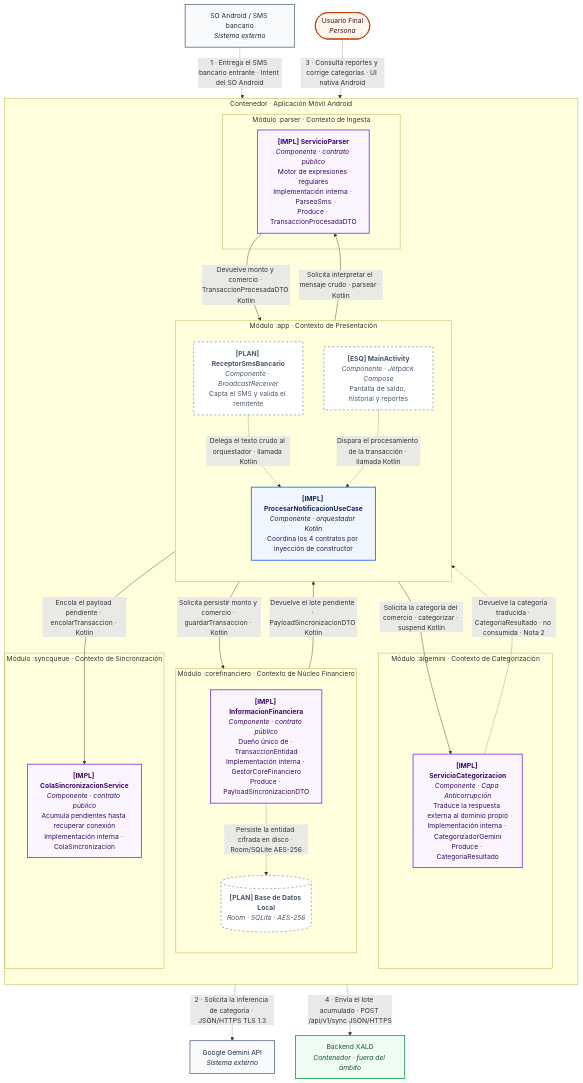
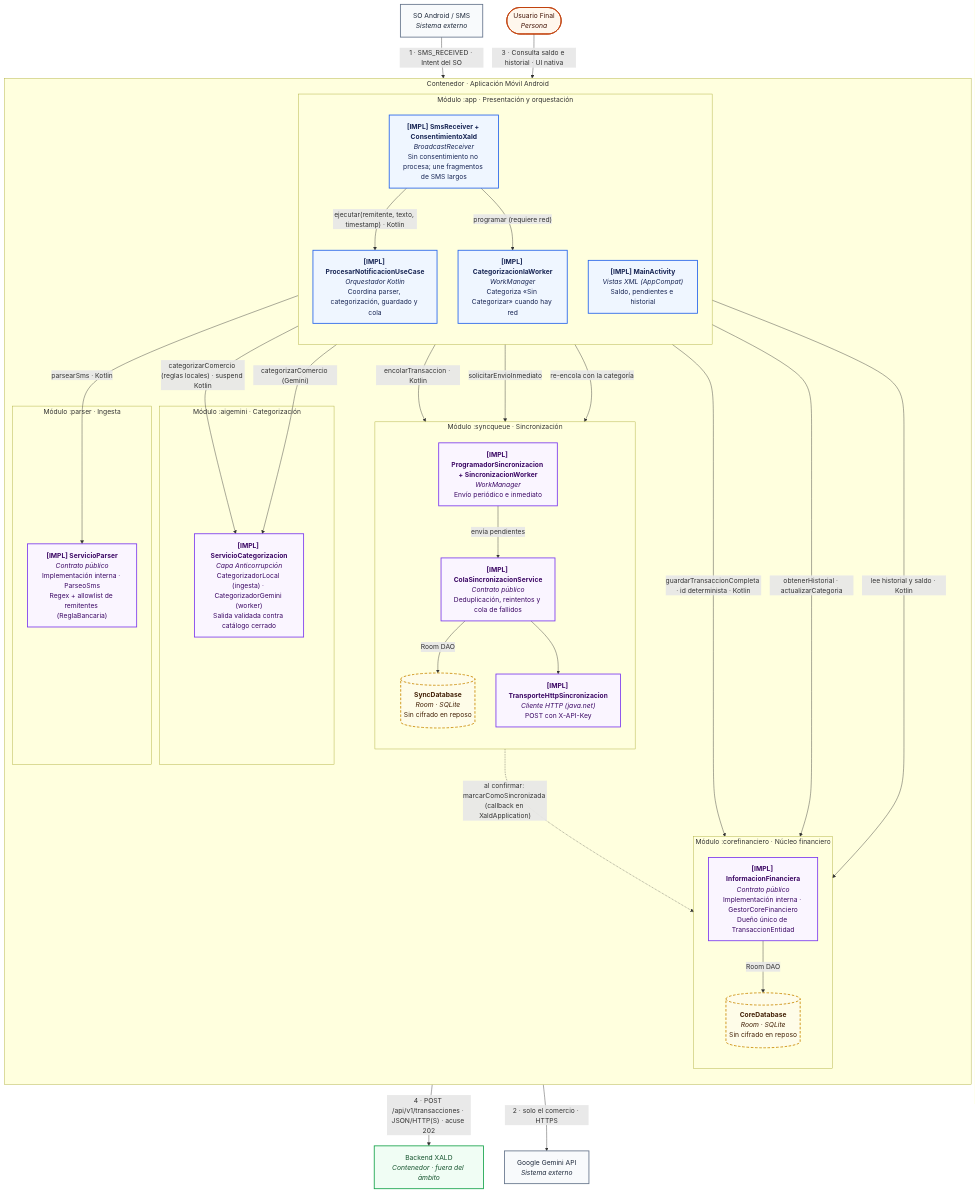
The diagram in docs/c4/c3.md (ISCOUTB/AS_202620_XALD), drawn with Mermaid before and after one commit. The commit also changed other lines of this file, not shown here.

Commit message:
Revise C4 Level 3 diagram details and descriptions
Updated project details and clarified component descriptions in the C4 Level 3 diagram. Adjusted state prefixes and added notes regarding implementation and categorization.

````diff
--- a/docs/c4/c3.md
+++ b/docs/c4/c3.md
@@ -19,70 +14,80 @@
 ```mermaid
 flowchart TB
     User(["Usuario Final<br/><i>Persona</i>"])
-    Android["SO Android / SMS bancario<br/><i>Sistema externo</i>"]
+    Android["SO Android / SMS<br/><i>Sistema externo</i>"]
     Gemini["Google Gemini API<br/><i>Sistema externo</i>"]
     Backend["Backend XALD<br/><i>Contenedor · fuera del ámbito</i>"]
 
     subgraph ambito["Contenedor · Aplicación Móvil Android"]
         direction TB
 
-        subgraph capp["Módulo :app · Contexto de Presentación"]
+        subgraph capp["Módulo :app · Presentación y orquestación"]
             direction TB
-            RCV["<b>[PLAN] ReceptorSmsBancario</b><br/><i>Componente · BroadcastReceiver</i><br/>Capta el SMS y valida el remitente"]
-            UC["<b>[IMPL] ProcesarNotificacionUseCase</b><br/><i>Componente · orquestador Kotlin</i><br/>Coordina los 4 contratos por inyección de constructor"]
-            UI["<b>[ESQ] MainActivity</b><br/><i>Componente · Jetpack Compose</i><br/>Pantalla de saldo, historial y reportes"]
+            RCV["<b>[IMPL] SmsReceiver + ConsentimientoXald</b><br/><i>BroadcastReceiver</i><br/>Sin consentimiento no procesa; une fragmentos de SMS largos"]
+            UC["<b>[IMPL] ProcesarNotificacionUseCase</b><br/><i>Orquestador Kotlin</i><br/>Coordina parser, categorización, guardado y cola"]
+            WIA["<b>[IMPL] CategorizacionIaWorker</b><br/><i>WorkManager</i><br/>Categoriza «Sin Categorizar» cuando hay red"]
+            UI["<b>[IMPL] MainActivity</b><br/><i>Vistas XML (AppCompat)</i><br/>Saldo, pendientes e historial"]
         end
 
-        subgraph cparser["Módulo :parser · Contexto de Ingesta"]
-            ISP["<b>[IMPL] ServicioParser</b><br/><i>Componente · contrato público</i><br/>Motor de expresiones regulares<br/>Implementación interna · ParseoSms<br/>Produce · TransaccionProcesadaDTO"]
+        subgraph cparser["Módulo :parser · Ingesta"]
+            ISP["<b>[IMPL] ServicioParser</b><br/><i>Contrato público</i><br/>Implementación interna · ParseoSms<br/>Regex + allowlist de remitentes (ReglaBancaria)"]
         end
 
-        subgraph cai["Módulo :aigemini · Contexto de Categorización"]
-            ISC["<b>[IMPL] ServicioCategorizacion</b><br/><i>Componente · Capa Anticorrupción</i><br/>Traduce la respuesta externa al dominio propio<br/>Implementación interna · CategorizadorGemini<br/>Produce · CategoriaResultado"]
+        subgraph cai["Módulo :aigemini · Categorización"]
+            ISC["<b>[IMPL] ServicioCategorizacion</b><br/><i>Capa Anticorrupción</i><br/>CategorizadorLocal (ingesta) · CategorizadorGemini (worker)<br/>Salida validada contra catálogo cerrado"]
         end
 
-        subgraph ccore["Módulo :corefinanciero · Contexto de Núcleo Financiero"]
+        subgraph ccore["Módulo :corefinanciero · Núcleo financiero"]
             direction TB
-            IIF["<b>[IMPL] InformacionFinanciera</b><br/><i>Componente · contrato público</i><br/>Dueño único de · TransaccionEntidad<br/>Implementación interna · GestorCoreFinanciero<br/>Produce · PayloadSincronizacionDTO"]
-            BD[("<b>[PLAN] Base de Datos Local</b><br/><i>Room · SQLite · AES-256</i>")]
+            IIF["<b>[IMPL] InformacionFinanciera</b><br/><i>Contrato público</i><br/>Implementación interna · GestorCoreFinanciero<br/>Dueño único de TransaccionEntidad"]
+            BD[("<b>CoreDatabase</b><br/><i>Room · SQLite</i><br/>Sin cifrado en reposo")]
         end
 
-        subgraph csync["Módulo :syncqueue · Contexto de Sincronización"]
-            ICS["<b>[IMPL] ColaSincronizacionService</b><br/><i>Componente · contrato público</i><br/>Acumula pendientes hasta recuperar conexión<br/>Implementación interna · ColaSincronizacion"]
+        subgraph csync["Módulo :syncqueue · Sincronización"]
+            direction TB
+            ICS["<b>[IMPL] ColaSincronizacionService</b><br/><i>Contrato público</i><br/>Deduplicación, reintentos y cola de fallidos"]
+            QDB[("<b>SyncDatabase</b><br/><i>Room · SQLite</i><br/>Sin cifrado en reposo")]
+            PS["<b>[IMPL] ProgramadorSincronizacion + SincronizacionWorker</b><br/><i>WorkManager</i><br/>Envío periódico e inmediato"]
+            TR["<b>[IMPL] TransporteHttpSincronizacion</b><br/><i>Cliente HTTP (java.net)</i><br/>POST con X-API-Key"]
         end
     end
 
-    Android -.->|"1 · Entrega el SMS bancario entrante · Intent del SO Android"| RCV
-    RCV -.->|"Delega el texto crudo al orquestador · llamada Kotlin"| UC
+    Android -->|"1 · SMS_RECEIVED · Intent del SO"| RCV
+    RCV -->|"ejecutar(remitente, texto, timestamp) · Kotlin"| UC
 
-    UC -->|"Solicita interpretar el mensaje crudo · parsear · Kotlin"| ISP
-    ISP -->|"Devuelve monto y comercio · TransaccionProcesadaDTO Kotlin"| UC
+    UC -->|"parsearSms · Kotlin"| ISP
+    UC -->|"categorizarComercio (reglas locales) · suspend Kotlin"| ISC
+    UC -->|"guardarTransaccionCompleta · id determinista · Kotlin"| IIF
+    IIF -->|"Room DAO"| BD
+    UC -->|"encolarTransaccion · Kotlin"| ICS
+    ICS -->|"Room DAO"| QDB
 
-    UC -->|"Solicita la categoría del comercio · categorizar · suspend Kotlin"| ISC
-    ISC -.->|"2 · Solicita la inferencia de categoría · JSON/HTTPS TLS 1.3"| Gemini
-    ISC -.->|"Devuelve la categoría traducida · CategoriaResultado · no consumida · Nota 2"| UC
+    RCV -->|"solicitarEnvioInmediato"| PS
+    RCV -->|"programar (requiere red)"| WIA
+    PS -->|"envía pendientes"| ICS
+    ICS --> TR
+    TR -->|"4 · POST /api/v1/transacciones · JSON/HTTP(S) · acuse 202"| Backend
+    ICS -.->|"al confirmar: marcarComoSincronizada (callback en XaldApplication)"| IIF
 
-    UC -->|"Solicita persistir monto y comercio · guardarTransaccion · Kotlin"| IIF
-    IIF -->|"Devuelve el lote pendiente · PayloadSincronizacionDTO Kotlin"| UC
-    IIF -.->|"Persiste la entidad cifrada en disco · Room/SQLite AES-256"| BD
+    WIA -->|"obtenerHistorial · actualizarCategoria"| IIF
+    WIA -->|"categorizarComercio (Gemini)"| ISC
+    WIA -->|"re-encola con la categoría"| ICS
+    ISC -->|"2 · solo el comercio · HTTPS"| Gemini
 
-    UC -->|"Encola el payload pendiente · encolarTransaccion · Kotlin"| ICS
-    ICS -.->|"4 · Envía el lote acumulado · POST /api/v1/sync JSON/HTTPS"| Backend
-
-    User -.->|"3 · Consulta reportes y corrige categorías · UI nativa Android"| UI
-    UI -.->|"Dispara el procesamiento de la transacción · llamada Kotlin"| UC
+    User -->|"3 · Consulta saldo e historial · UI nativa"| UI
+    UI -->|"lee historial y saldo · Kotlin"| IIF
 
     classDef person fill:#fff7ed,stroke:#c2410c,stroke-width:2px,color:#431407
     classDef orquestador fill:#eff6ff,stroke:#2563eb,stroke-width:2px,color:#172554
     classDef componente fill:#faf5ff,stroke:#7c3aed,stroke-width:2px,color:#3b0764
     classDef backend fill:#f0fdf4,stroke:#16a34a,stroke-width:2px,color:#14532d
     classDef external fill:#f8fafc,stroke:#64748b,stroke-width:2px,color:#1e293b
-    classDef planeado fill:#ffffff,stroke:#94a3b8,stroke-width:2px,stroke-dasharray:5 5,color:#475569
+    classDef parcial fill:#fefce8,stroke:#ca8a04,stroke-width:2px,stroke-dasharray:6 4,color:#422006
 
     class User person
-    class UC orquestador
-    class ISP,ISC,IIF,ICS componente
+    class UC,RCV,WIA,UI orquestador
+    class ISP,ISC,IIF,ICS,PS,TR componente
     class Backend backend
     class Android,Gemini external
-    class RCV,BD,UI planeado
+    class BD,QDB parcial
 ```
````
